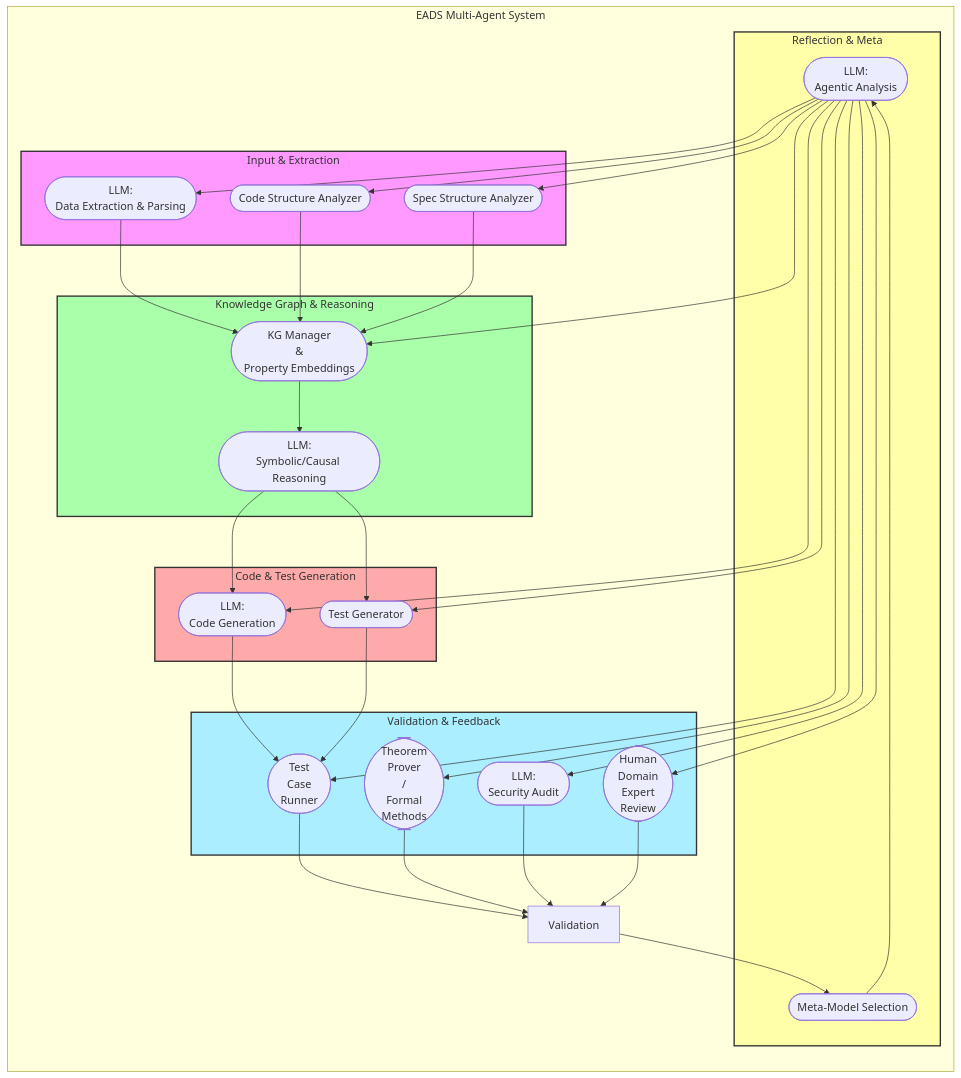
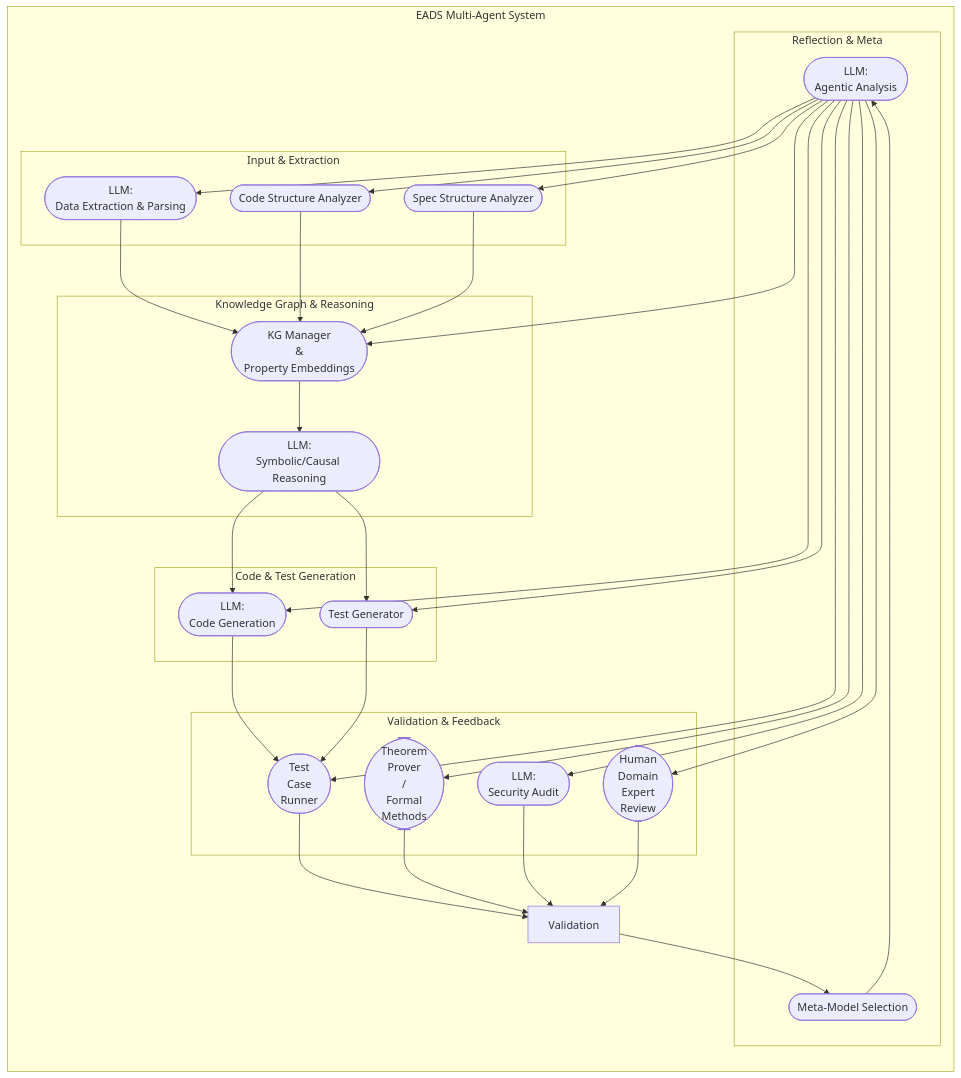
Before and after one commit to nshkrdotcom/EADS: the second of 4 diagrams in docs/EADS-20241211-2.md, drawn with Mermaid. The commit also changed other lines of this file and 1 other file, not shown here.

````diff
--- a/docs/EADS-20241211-2.md
+++ b/docs/EADS-20241211-2.md
@@ -65,73 +52,68 @@
 ```mermaid
 graph
     subgraph EADS["EADS Multi-Agent System"]
         direction TB
 
         subgraph InputLayer["Input & Extraction"]
-            style InputLayer fill:#f9f,stroke:#333,stroke-width:2px
             InputLLM([LLM:<br>Data Extraction & Parsing])
             CodeAnalyzer([Code Structure Analyzer])
             SpecAnalyzer([Spec Structure Analyzer])
         end
 
         subgraph KnowledgeLayer["Knowledge Graph & Reasoning"]
-          style KnowledgeLayer fill:#afa,stroke:#333,stroke-width:2px
             KG_Manager([KG Manager<br>&<br>Property Embeddings])
             InferenceAgent([LLM:<br>Symbolic/Causal Reasoning])
 
         end
 
         subgraph CodeGenLayer["Code & Test Generation"]
-            style CodeGenLayer fill:#faa,stroke:#333,stroke-width:2px
             CodeGenerator([LLM:<br>Code Generation])
             TestGenerator([Test Generator])
 
         end
 
         subgraph ValidationLayer["Validation & Feedback"]
-            style ValidationLayer fill:#aef,stroke:#333,stroke-width:2px
-             FormalVerifier([Theorem<br>Prover<br>/<br>Formal<br>Methods])
+			FormalVerifier([Theorem<br>Prover<br>/<br>Formal<br>Methods])
             TestRunner([Test<br>Case<br>Runner])
             SecurityAnalyzer([LLM:<br>Security Audit])
             HumanReview([Human<br>Domain<br>Expert<br>Review])
         end
 
-          subgraph ReflectionLayer["Reflection & Meta"]
-            style ReflectionLayer fill:#ffa,stroke:#333,stroke-width:2px
-             SelfAnalyzer([LLM:<br>Agentic Analysis])
-             MetaController([Meta-Model Selection])
+		subgraph ReflectionLayer["Reflection & Meta"]
+			SelfAnalyzer([LLM:<br>Agentic Analysis])
+			MetaController([Meta-Model Selection])
         end
 
 
     InputLLM --> KG_Manager
     CodeAnalyzer --> KG_Manager
     SpecAnalyzer --> KG_Manager
 
     KG_Manager --> InferenceAgent
     InferenceAgent --> CodeGenerator
     InferenceAgent --> TestGenerator
 
 
     CodeGenerator --> TestRunner
     TestGenerator --> TestRunner
 
     TestRunner --> Validation
     FormalVerifier-->Validation
     SecurityAnalyzer --> Validation
      HumanReview --> Validation
 
     Validation --> MetaController
      MetaController -->SelfAnalyzer
         SelfAnalyzer -->InputLLM
         SelfAnalyzer -->CodeAnalyzer
         SelfAnalyzer -->SpecAnalyzer
      SelfAnalyzer --> KG_Manager
      SelfAnalyzer -->CodeGenerator
      SelfAnalyzer -->TestGenerator
      SelfAnalyzer -->TestRunner
      SelfAnalyzer -->FormalVerifier
      SelfAnalyzer --> SecurityAnalyzer
         SelfAnalyzer --> HumanReview
 
     end
 ```
````
